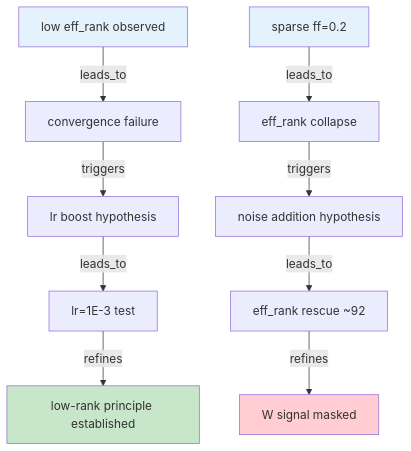
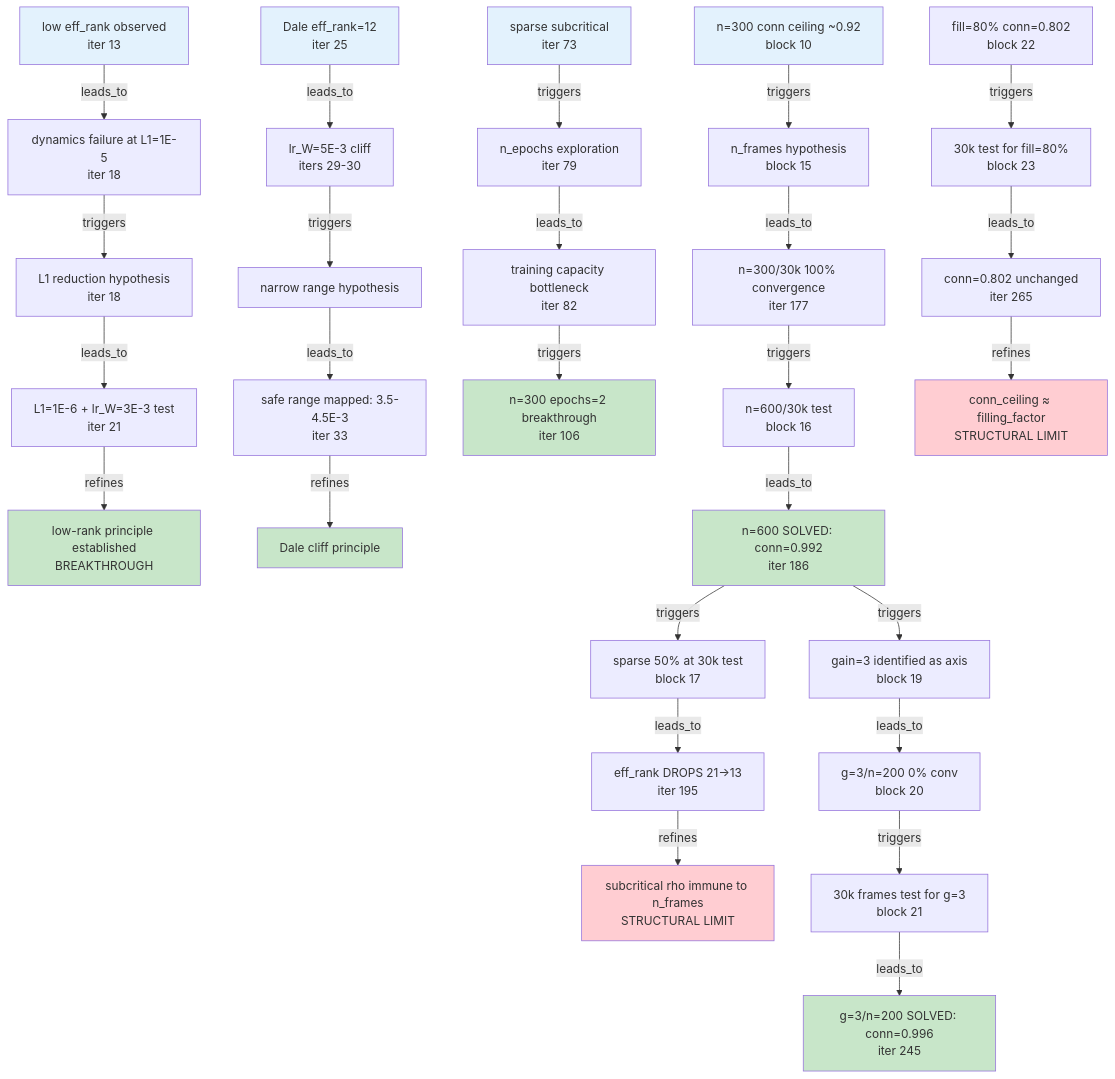
Before and after one commit to saalfeldlab/NeuralGraph: the diagram in epistemic-analysis.qmd, drawn with Mermaid. The commit also changed other lines of this file and 48 other files, not shown here.

````diff
--- a/epistemic-analysis.qmd
+++ b/epistemic-analysis.qmd
@@ -200,17 +363,46 @@
 ```{mermaid}
 graph TD
-    A[low eff_rank observed] -->|leads_to| B[convergence failure]
-    B -->|triggers| C[lr boost hypothesis]
-    C -->|leads_to| D[lr=1E-3 test]
-    D -->|refines| E[low-rank principle established]
+    A[low eff_rank observed<br/>iter 13] -->|leads_to| B[dynamics failure at L1=1E-5<br/>iter 18]
+    B -->|triggers| C[L1 reduction hypothesis<br/>iter 18]
+    C -->|leads_to| D[L1=1E-6 + lr_W=3E-3 test<br/>iter 21]
+    D -->|refines| E[low-rank principle established<br/>BREAKTHROUGH]
 
-    F[sparse ff=0.2] -->|leads_to| G[eff_rank collapse]
-    G -->|triggers| H[noise addition hypothesis]
-    H -->|leads_to| I[eff_rank rescue ~92]
-    I -->|refines| J[W signal masked]
+    F[Dale eff_rank=12<br/>iter 25] -->|leads_to| G[lr_W=5E-3 cliff<br/>iters 29-30]
+    G -->|triggers| H[narrow range hypothesis]
+    H -->|leads_to| I[safe range mapped: 3.5-4.5E-3<br/>iter 33]
+    I -->|refines| J[Dale cliff principle]
+
+    K[sparse subcritical<br/>iter 73] -->|triggers| L[n_epochs exploration<br/>iter 79]
+    L -->|leads_to| M[training capacity bottleneck<br/>iter 82]
+    M -->|triggers| N[n=300 epochs=2 breakthrough<br/>iter 106]
+
+    O[n=300 conn ceiling ~0.92<br/>block 10] -->|triggers| P[n_frames hypothesis<br/>block 15]
+    P -->|leads_to| Q[n=300/30k 100% convergence<br/>iter 177]
+    Q -->|triggers| R[n=600/30k test<br/>block 16]
+    R -->|leads_to| S[n=600 SOLVED: conn=0.992<br/>iter 186]
+
+    S -->|triggers| T[sparse 50% at 30k test<br/>block 17]
+    T -->|leads_to| U[eff_rank DROPS 21→13<br/>iter 195]
+    U -->|refines| V[subcritical rho immune to n_frames<br/>STRUCTURAL LIMIT]
+
+    S -->|triggers| W[gain=3 identified as axis<br/>block 19]
+    W -->|leads_to| X[g=3/n=200 0% conv<br/>block 20]
+    X -->|triggers| Y[30k frames test for g=3<br/>block 21]
+    Y -->|leads_to| Z[g=3/n=200 SOLVED: conn=0.996<br/>iter 245]
+
+    AA[fill=80% conn=0.802<br/>block 22] -->|triggers| AB[30k test for fill=80%<br/>block 23]
+    AB -->|leads_to| AC[conn=0.802 unchanged<br/>iter 265]
+    AC -->|refines| AD[conn_ceiling ≈ filling_factor<br/>STRUCTURAL LIMIT]
 
     style A fill:#e3f2fd
     style E fill:#c8e6c9
     style F fill:#e3f2fd
-    style J fill:#ffcdd2
+    style J fill:#c8e6c9
+    style K fill:#e3f2fd
+    style N fill:#c8e6c9
+    style O fill:#e3f2fd
+    style S fill:#c8e6c9
+    style V fill:#ffcdd2
+    style Z fill:#c8e6c9
+    style AD fill:#ffcdd2
 ```
````
